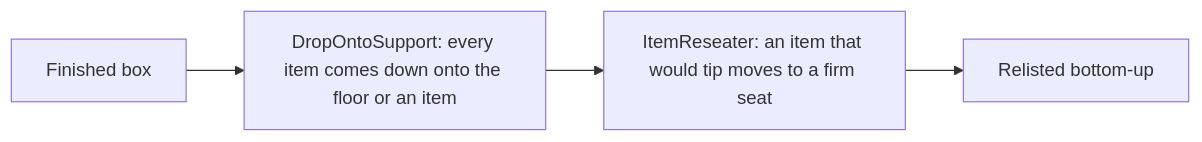
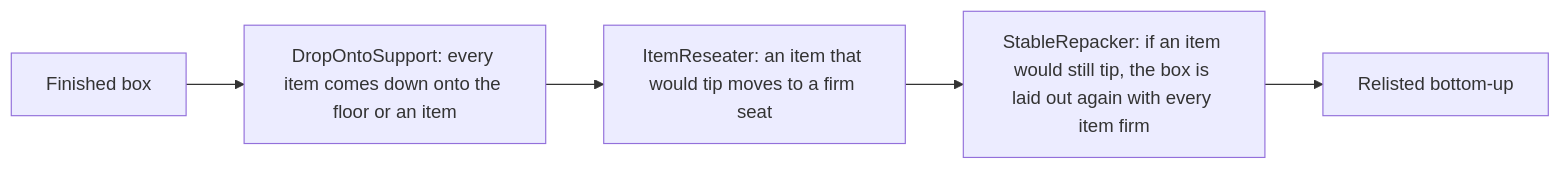
One commit to FantasticDivision/Solver changed the eighth of 9 diagrams in tests/TEST_GUIDE.md. Above: the diagram before and after it, drawn with Mermaid. The commit also changed other lines of this file and 10 other files, not shown here.

````diff
--- a/tests/TEST_GUIDE.md
+++ b/tests/TEST_GUIDE.md
@@ -336,6 +336,7 @@
 ```mermaid
 flowchart LR
     BOX["Finished box"] --> DROP["DropOntoSupport: every item comes down onto the floor or an item"]
     DROP --> SEAT["ItemReseater: an item that would tip moves to a firm seat"]
-    SEAT --> LIST["Relisted bottom-up"]
+    SEAT --> REPACK["StableRepacker: if an item would still tip, the box is laid out again with every item firm"]
+    REPACK --> LIST["Relisted bottom-up"]
 ```
````
